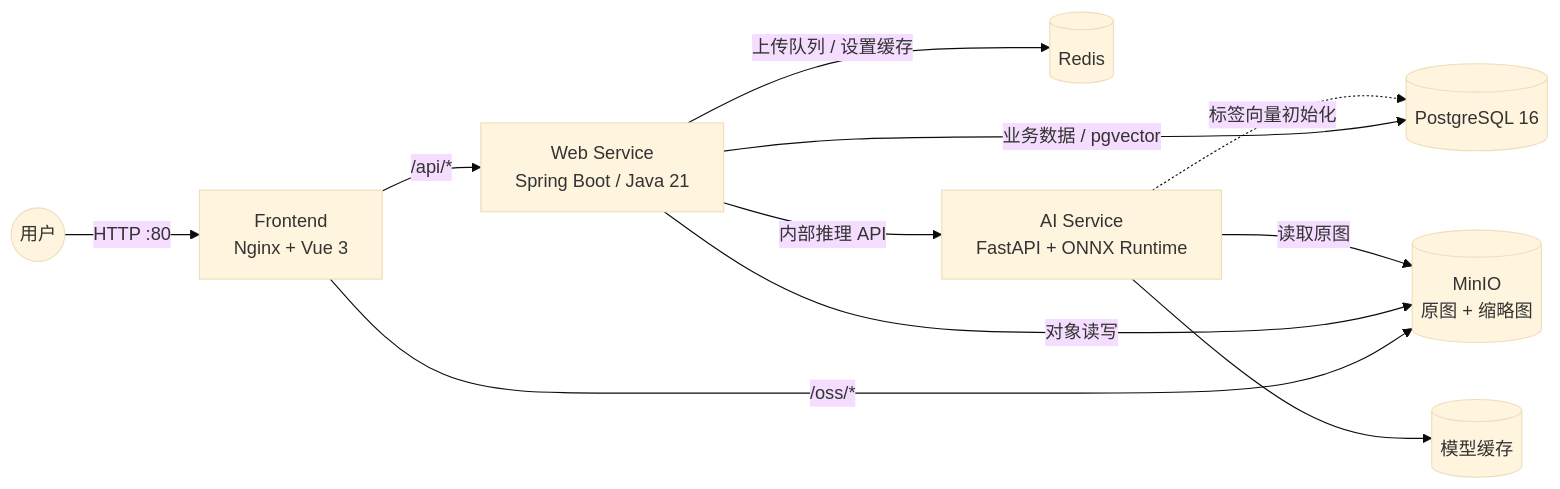
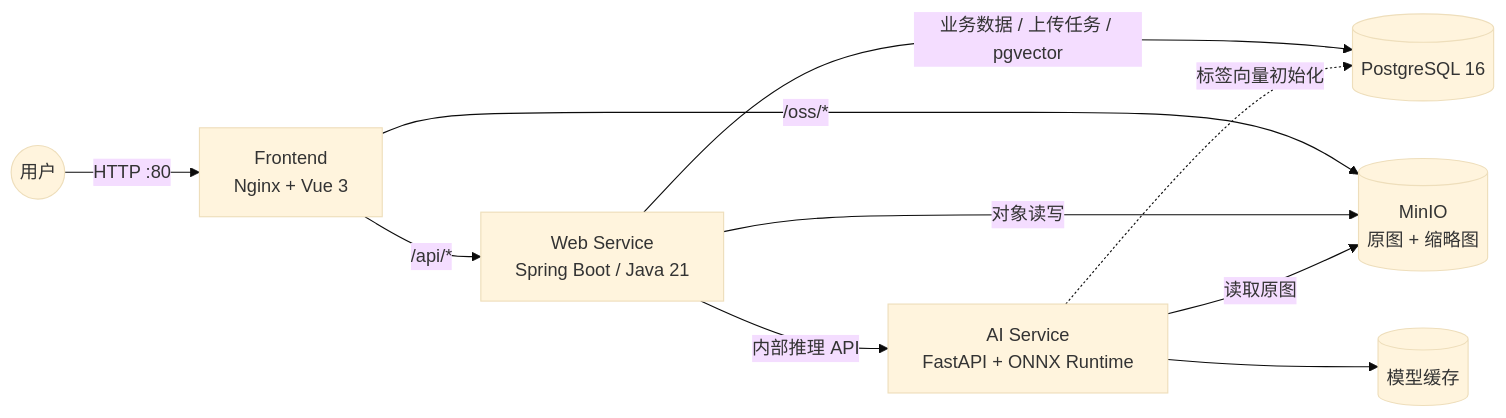
Before and after one commit to tamakara/bakabooru: the diagram in README.md, drawn with Mermaid (base theme). The commit also changed other lines of this file and 31 other files, not shown here.

````diff
--- a/README.md
+++ b/README.md
@@ -22,14 +22,13 @@
 ```mermaid
 flowchart LR
     User(("用户")) -->|"HTTP :80"| Front["Frontend<br/>Nginx + Vue 3"]
     Front -->|"/api/*"| Web["Web Service<br/>Spring Boot / Java 21"]
     Front -->|"/oss/*"| MinIO[("MinIO<br/>原图 + 缩略图")]
 
-    Web -->|"业务数据 / pgvector"| PG[("PostgreSQL 16")]
-    Web -->|"上传队列 / 设置缓存"| Redis[("Redis")]
+    Web -->|"业务数据 / 上传任务 / pgvector"| PG[("PostgreSQL 16")]
     Web -->|"对象读写"| MinIO
     Web -->|"内部推理 API"| AI["AI Service<br/>FastAPI + ONNX Runtime"]
     AI -->|"读取原图"| MinIO
     AI --> Cache[("模型缓存")]
     AI -.->|"标签向量初始化"| PG
 ```
````
